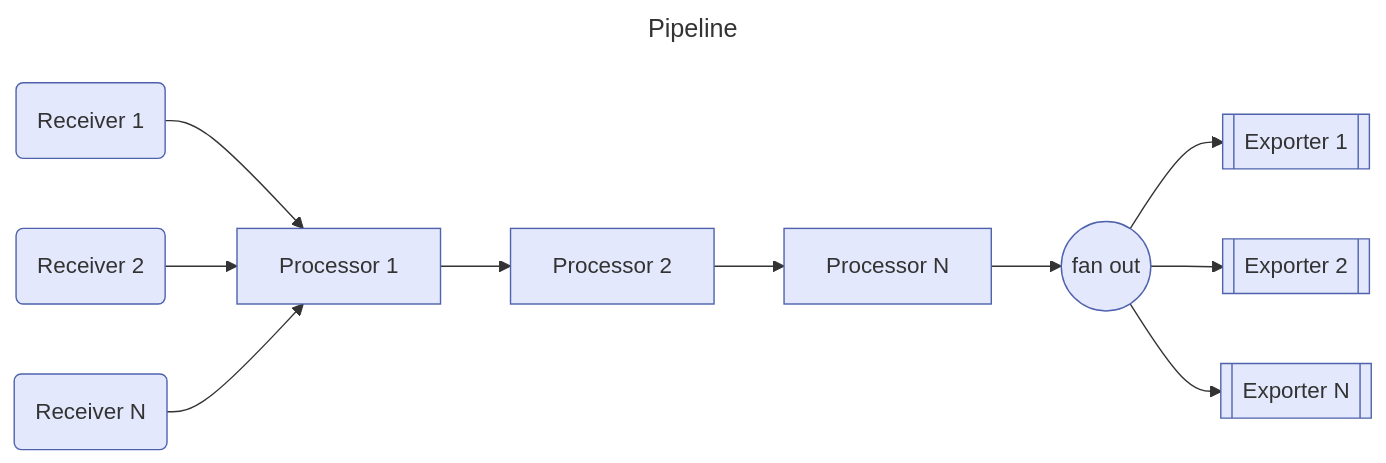
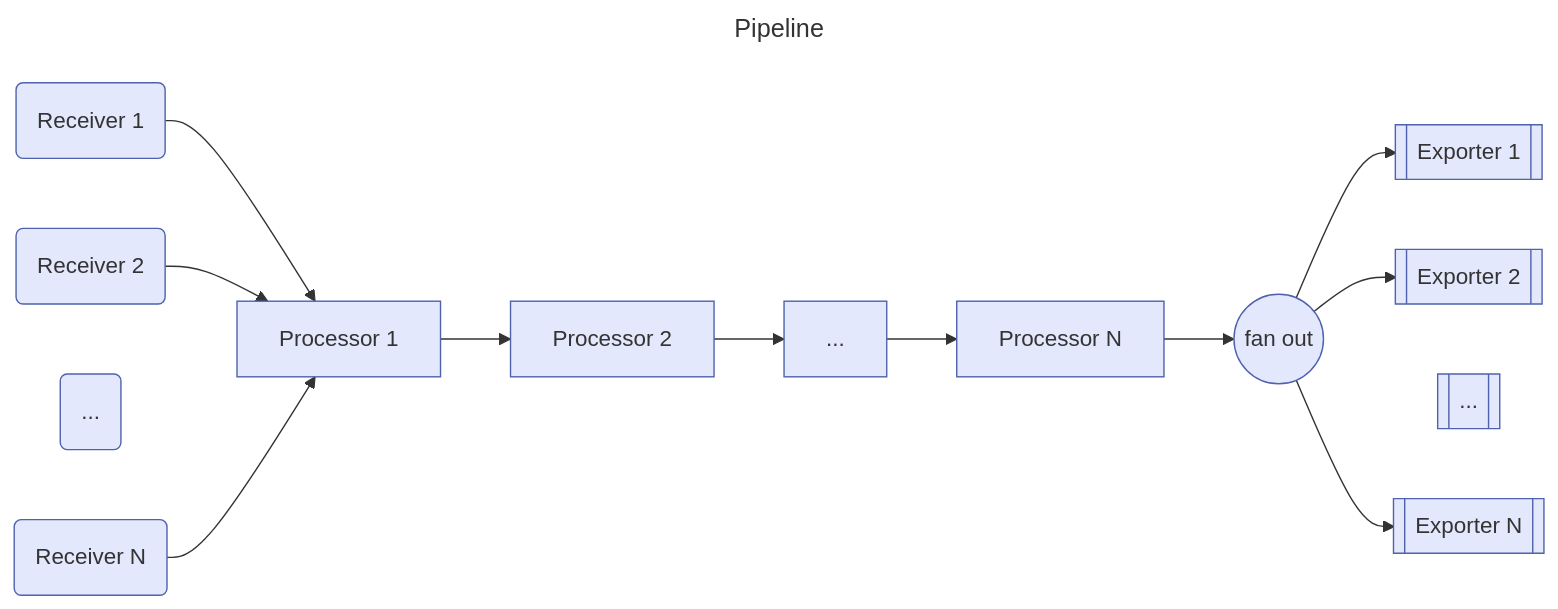
One commit to open-telemetry/opentelemetry.io changed the first of 4 diagrams in content/en/docs/collector/architecture.md. Above: the diagram before and after it, drawn with Mermaid. The commit also changed other lines of this file, not shown here.

Commit message:
Update and add Mermaid diagrams

````diff
--- a/content/en/docs/collector/architecture.md
+++ b/content/en/docs/collector/architecture.md
@@ -39,17 +39,21 @@
 ```mermaid
 ---
 title: Pipeline
 ---
 flowchart LR
-    A(Receiver 1) --> D[Processor 1]
-    B(Receiver 2) --> D
-    C(Receiver N) --> D
-    D --> E[Processor 2]
-    E --> F[Processor N]
-    F --> G((fan out))
-    G --> H[[Exporter 1]]
-    G --> I[[Exporter 2]]
-    G --> J[[Exporter N]]
+    R1(Receiver 1) --> P1[Processor 1]
+    R2(Receiver 2) --> P1
+    RM(...) ~~~ P1
+    RN(Receiver N) --> P1
+    P1 --> P2[Processor 2]
+    P2 --> PM[...]
+    PM --> PN[Processor N]
+    PN --> FO((fan out))
+    FO --> E1[[Exporter 1]]
+    FO --> E2[[Exporter 2]]
+    FO ~~~ EM[[...]]
+    FO --> EN[[Exporter N]]
 
-    classDef default fill:#e3e8fc,stroke:#4f62ad 
+    %% The stroke color matches the website header.
+    classDef default fill:#e3e8fc,stroke:#4f62ad
 ```
````
